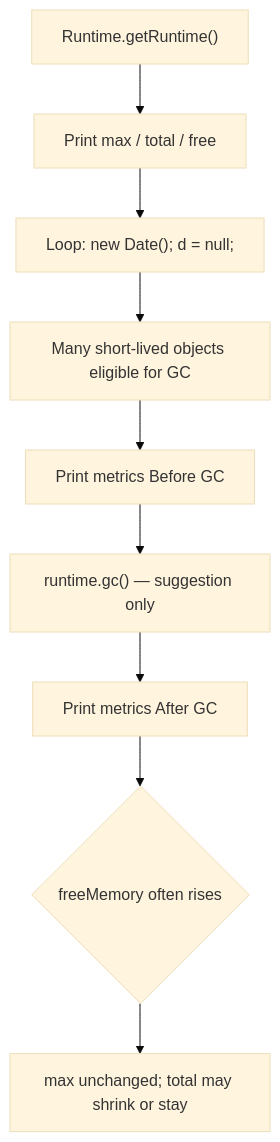
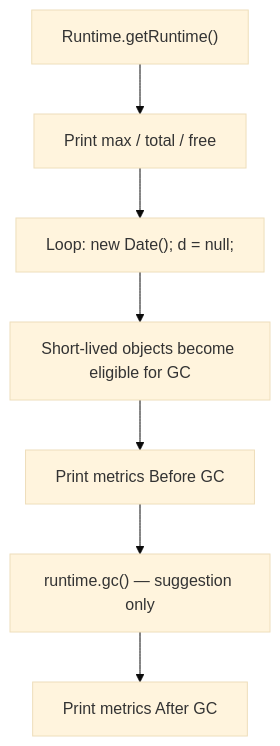
The second of 5 diagrams in docs/concepts/garbageCollection/garbageCollection.md (chaitussm/Java-Project), drawn with Mermaid (base theme) before and after one commit. The commit also changed other lines of this file, not shown here.

Commit message:
docs(gc): expand By using Runtime class with post-gc memory explanation

````diff
--- a/docs/concepts/garbageCollection/garbageCollection.md
+++ b/docs/concepts/garbageCollection/garbageCollection.md
@@ -746,11 +200,9 @@
 ```mermaid
 flowchart TD
   A["Runtime.getRuntime()"] --> B["Print max / total / free"]
   B --> C["Loop: new Date(); d = null;"]
-  C --> D["Many short-lived objects eligible for GC"]
+  C --> D["Short-lived objects become eligible for GC"]
   D --> E["Print metrics Before GC"]
   E --> F["runtime.gc() — suggestion only"]
   F --> G["Print metrics After GC"]
-  G --> H{"freeMemory often rises"}
-  H --> I["max unchanged; total may shrink or stay"]
 ```
````
